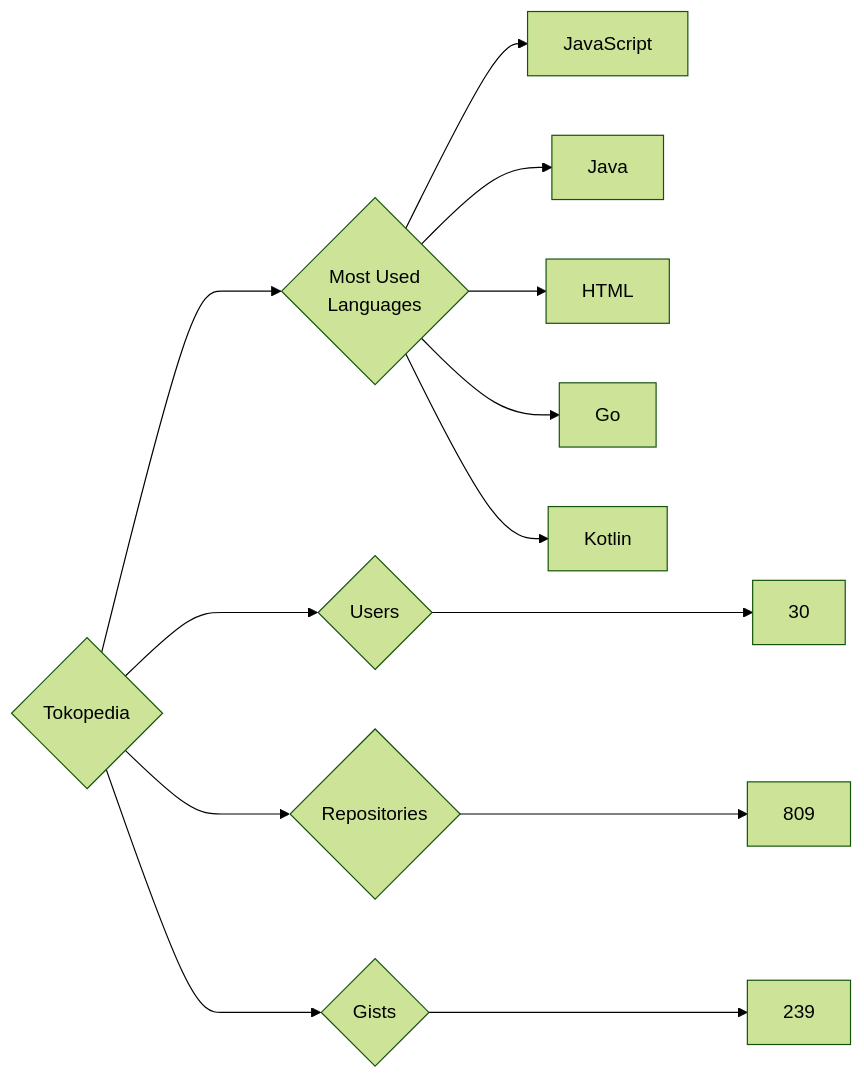
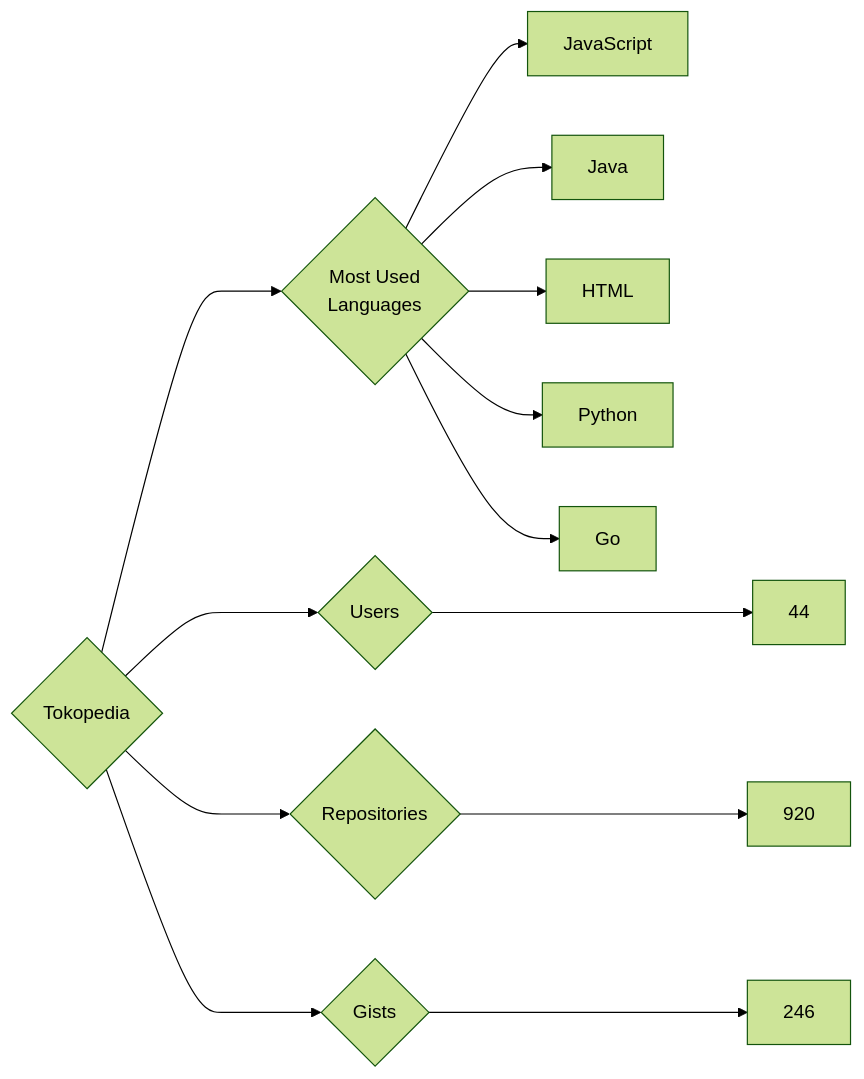
The diagram in targets/Tokopedia/README.md (trickest/insiders), drawn with Mermaid (forest theme) before and after one commit. The commit also changed 765 other files, not shown here.

````diff
--- a/targets/Tokopedia/README.md
+++ b/targets/Tokopedia/README.md
@@ -3,13 +3,13 @@
 ```mermaid
 graph LR
 COMPANY_NAME{Tokopedia}
-COMPANY_NAME ---> U{Users} ---> UN[30]
-COMPANY_NAME ---> R{Repositories} ---> RN[809]
-COMPANY_NAME ---> G{Gists} ---> GN[239]
+COMPANY_NAME ---> U{Users} ---> UN[44]
+COMPANY_NAME ---> R{Repositories} ---> RN[920]
+COMPANY_NAME ---> G{Gists} ---> GN[246]
 COMPANY_NAME ---> ML{Most Used<br>Languages}
 ML --> JavaScript[JavaScript]
 ML --> Java[Java]
 ML --> HTML[HTML]
+ML --> Python[Python]
 ML --> Go[Go]
-ML --> Kotlin[Kotlin]
 ```
````
